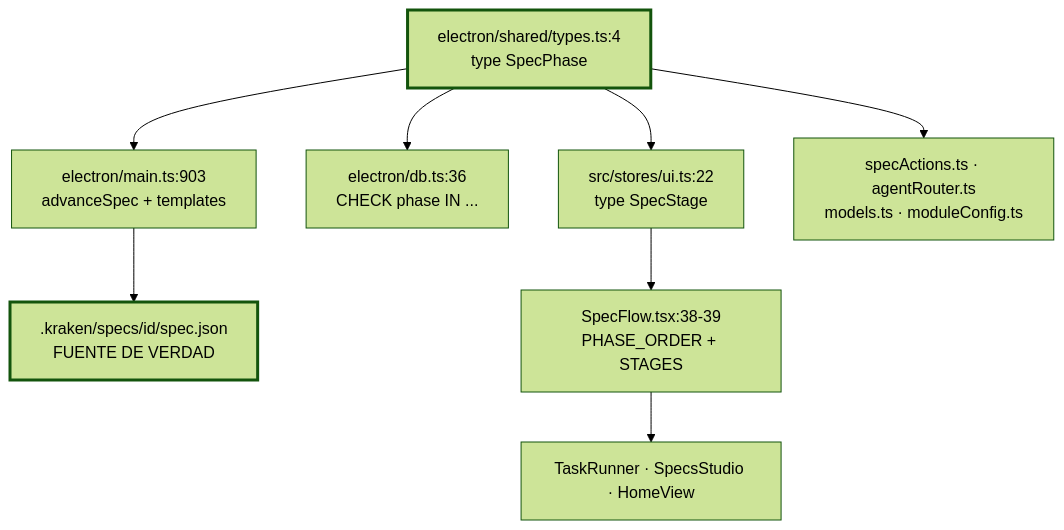
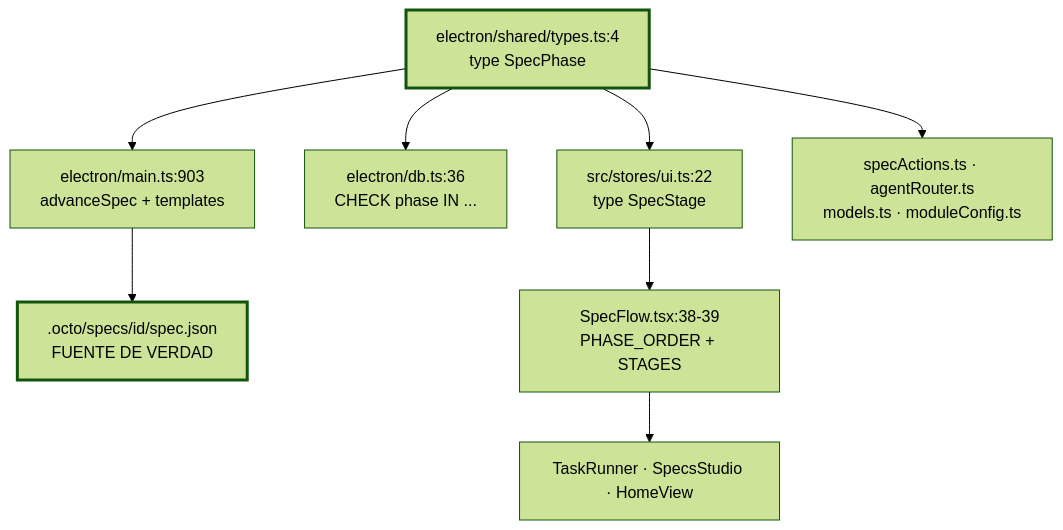
Before and after one commit to cross13/kraken: the second of 5 diagrams in docs/refactor-metodologia-y-rebranding.md, drawn with Mermaid (forest theme). The commit also changed other lines of this file and 66 other files, not shown here.

First line of the commit message:
feat(brand): rename the app from Kraken to Octo

````diff
--- a/docs/refactor-metodologia-y-rebranding.md
+++ b/docs/refactor-metodologia-y-rebranding.md
@@ -91,13 +91,13 @@
 ```mermaid
 flowchart TD
   A["electron/shared/types.ts:4<br/>type SpecPhase"] --> B["electron/main.ts:903<br/>advanceSpec + templates"]
   A --> C["electron/db.ts:36<br/>CHECK phase IN ..."]
   A --> D["src/stores/ui.ts:22<br/>type SpecStage"]
-  B --> E[".kraken/specs/id/spec.json<br/>FUENTE DE VERDAD"]
+  B --> E[".octo/specs/id/spec.json<br/>FUENTE DE VERDAD"]
   D --> F["SpecFlow.tsx:38-39<br/>PHASE_ORDER + STAGES"]
   F --> G["TaskRunner · SpecsStudio · HomeView"]
   A --> H["specActions.ts · agentRouter.ts<br/>models.ts · moduleConfig.ts"]
 
   style E stroke-width:3px
   style A stroke-width:3px
 ```
````
